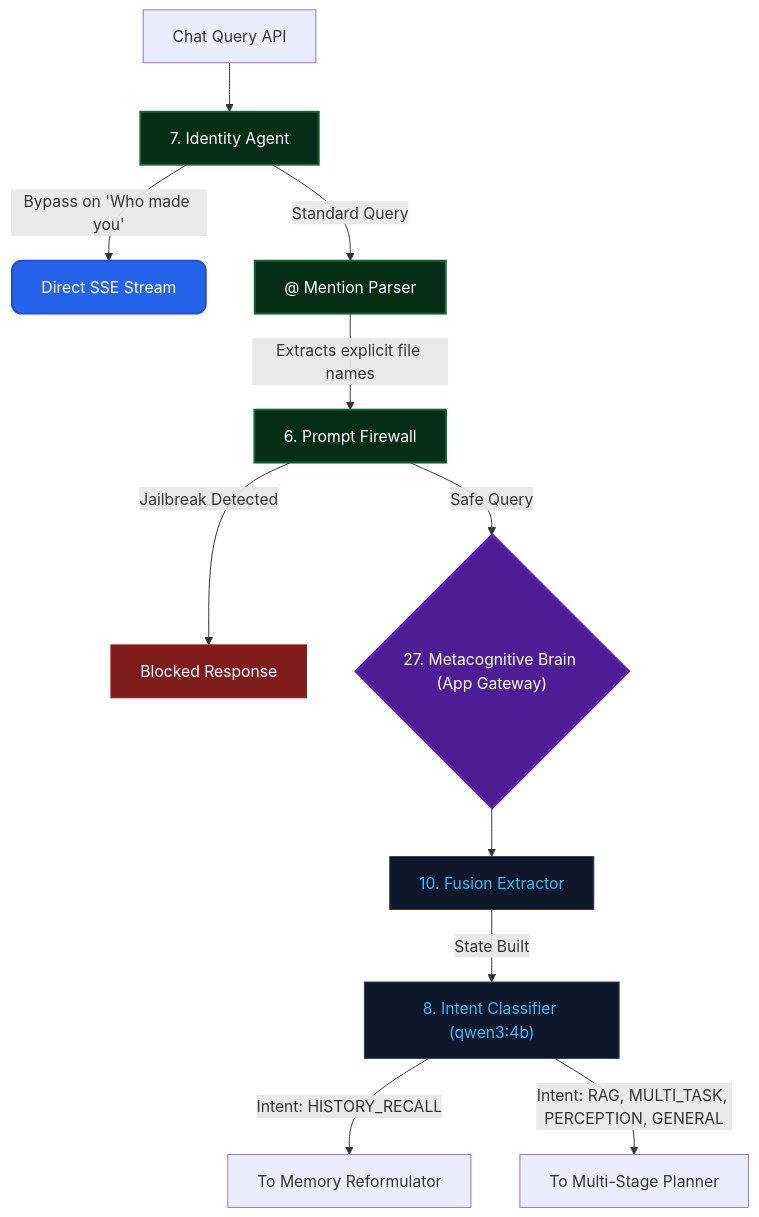
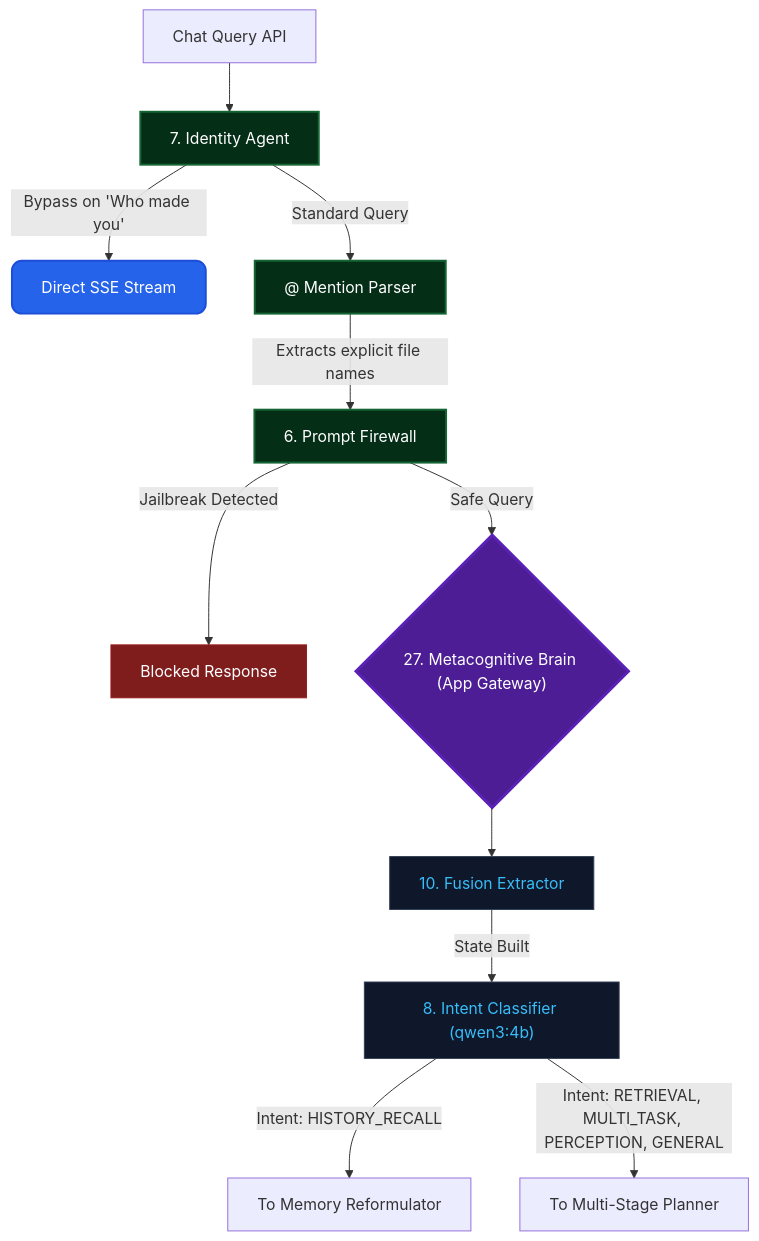
The third of 8 diagrams in About Spanda Operating Soul/SpandaOS_Agents_Overview.md (PankajVarma-PUV/SpandaOS), drawn with Mermaid before and after one commit. The commit also changed other lines of this file and 19 other files, not shown here.

Commit message:
Finalized SOTA SpandaOS Architecture

````diff
--- a/About Spanda Operating Soul/SpandaOS_Agents_Overview.md
+++ b/About Spanda Operating Soul/SpandaOS_Agents_Overview.md
@@ -316,24 +316,24 @@
 ```mermaid
 graph TD
     classDef user fill:#2563eb,stroke:#1d4ed8,color:#fff,stroke-width:2px,rx:10px,ry:10px;
     classDef system fill:#052e16,stroke:#166534,color:#fff,stroke-width:2px;
     classDef orchestrator fill:#4c1d95,stroke:#5b21b6,color:#fff,stroke-width:3px;
     classDef graphNode fill:#0f172a,stroke:#334155,color:#38bdf8,stroke-width:1px;
     classDef external fill:#7f1d1d,stroke:#991b1b,color:#fff;
 
     Query[Chat Query API] --> Identity["7. Identity Agent"]:::system
     Identity -->|Bypass on 'Who made you'| Final[Direct SSE Stream]:::user
     
     Identity -->|Standard Query| Mentions["@ Mention Parser"]:::system
     Mentions -->|Extracts explicit file names| Firewall["6. Prompt Firewall"]:::system
     
     Firewall -->|Jailbreak Detected| Blocked[Blocked Response]:::external
     Firewall -->|Safe Query| Brain{"27. Metacognitive Brain (App Gateway)"}:::orchestrator
     
     Brain --> Extractor["10. Fusion Extractor"]:::graphNode
     Extractor -->|State Built| Router["8. Intent Classifier (qwen3:4b)"]:::graphNode
     
     %% Intent Classification Split
     Router -->|Intent: HISTORY_RECALL| HistoryPath[To Memory Reformulator]
-    Router -->|Intent: RAG, MULTI_TASK, PERCEPTION, GENERAL| RAGPath[To Multi-Stage Planner]
+    Router -->|Intent: RETRIEVAL, MULTI_TASK, PERCEPTION, GENERAL| RetrievalPath[To Multi-Stage Planner]
 ```
````
